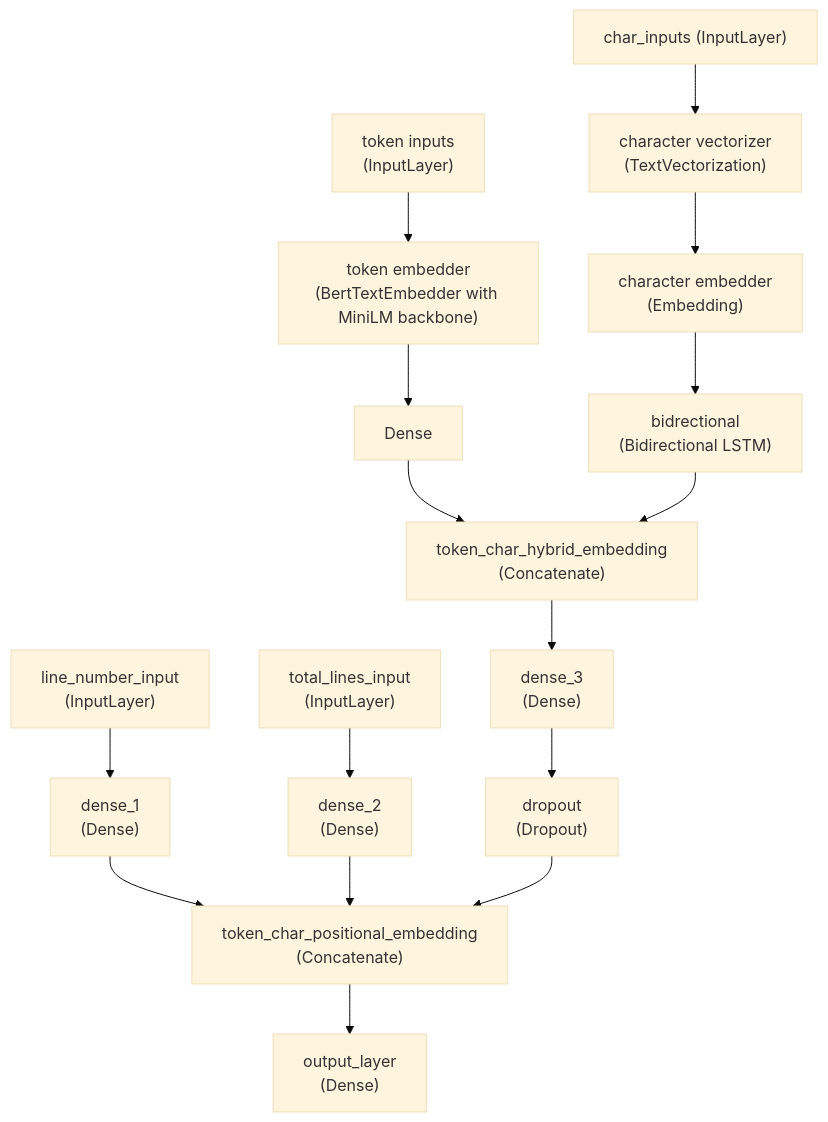
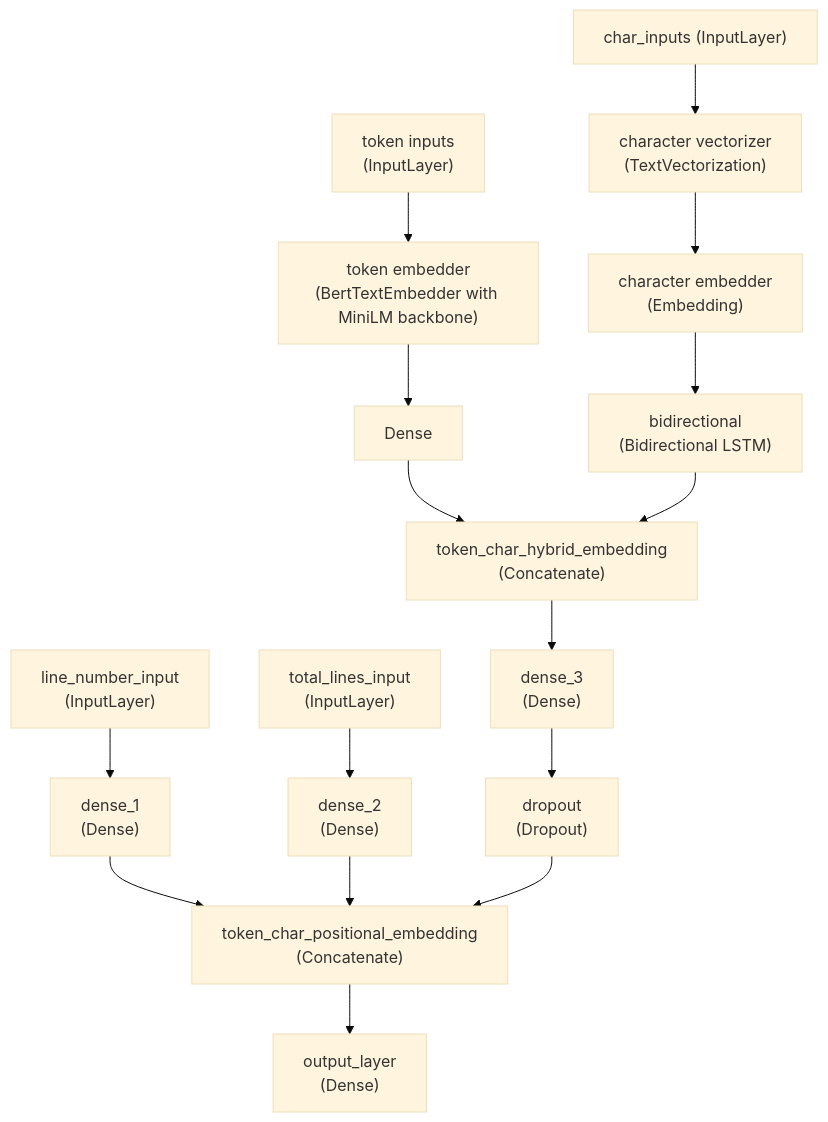
One commit to AaryanGotad/Structura changed the third of 3 diagrams in README.md. Above: the diagram before and after it, drawn with Mermaid (base theme). The commit also changed other lines of this file, not shown here.

````diff
--- a/README.md
+++ b/README.md
@@ -516,30 +547,30 @@
 ```mermaid
 flowchart TD
     %% Character Branch
     char_inputs["char_inputs (InputLayer)"] --> text_vectorization["character vectorizer\n(TextVectorization)"]
     text_vectorization --> embedding["character embedder\n(Embedding)"]
-    embedding --> bidirectional["bidrectional\n(Bidirectional LSTM)"]
+    embedding --> bidirectional["bidirectional\n(Bidirectional LSTM)"]
     
     %% Token Branch (MiniLM)
     token_inputs["token inputs\n(InputLayer)"] --> token_embedder["token embedder\n(BertTextEmbedder with MiniLM backbone)"]
     token_embedder --> dense["Dense"]
     
     %% Text & Character Hybrid Concatenation
     dense --> token_char_hybrid_embedding["token_char_hybrid_embedding\n(Concatenate)"]
     bidirectional --> token_char_hybrid_embedding
     
     %% Intermediate Dense and Dropout
     token_char_hybrid_embedding --> dense_3["dense_3\n(Dense)"]
     dense_3 --> dropout["dropout\n(Dropout)"]
     
     %% Positional Feature Branches
     line_number_input["line_number_input\n(InputLayer)"] --> dense_1["dense_1\n(Dense)"]
     total_lines_input["total_lines_input\n(InputLayer)"] --> dense_2["dense_2\n(Dense)"]
     
     %% Final Positional Concatenation & Output
     dense_1 --> token_char_positional_embedding["token_char_positional_embedding\n(Concatenate)"]
     dense_2 --> token_char_positional_embedding
     dropout --> token_char_positional_embedding
     
     token_char_positional_embedding --> output_layer["output_layer\n(Dense)"]
 ```
````
